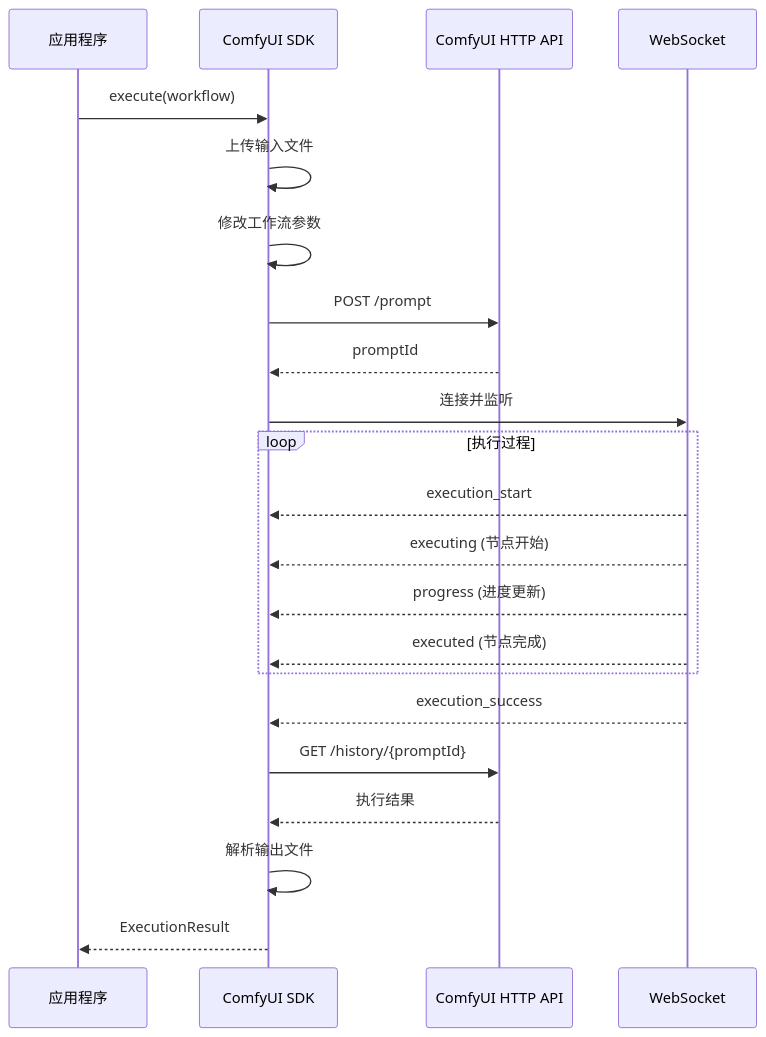
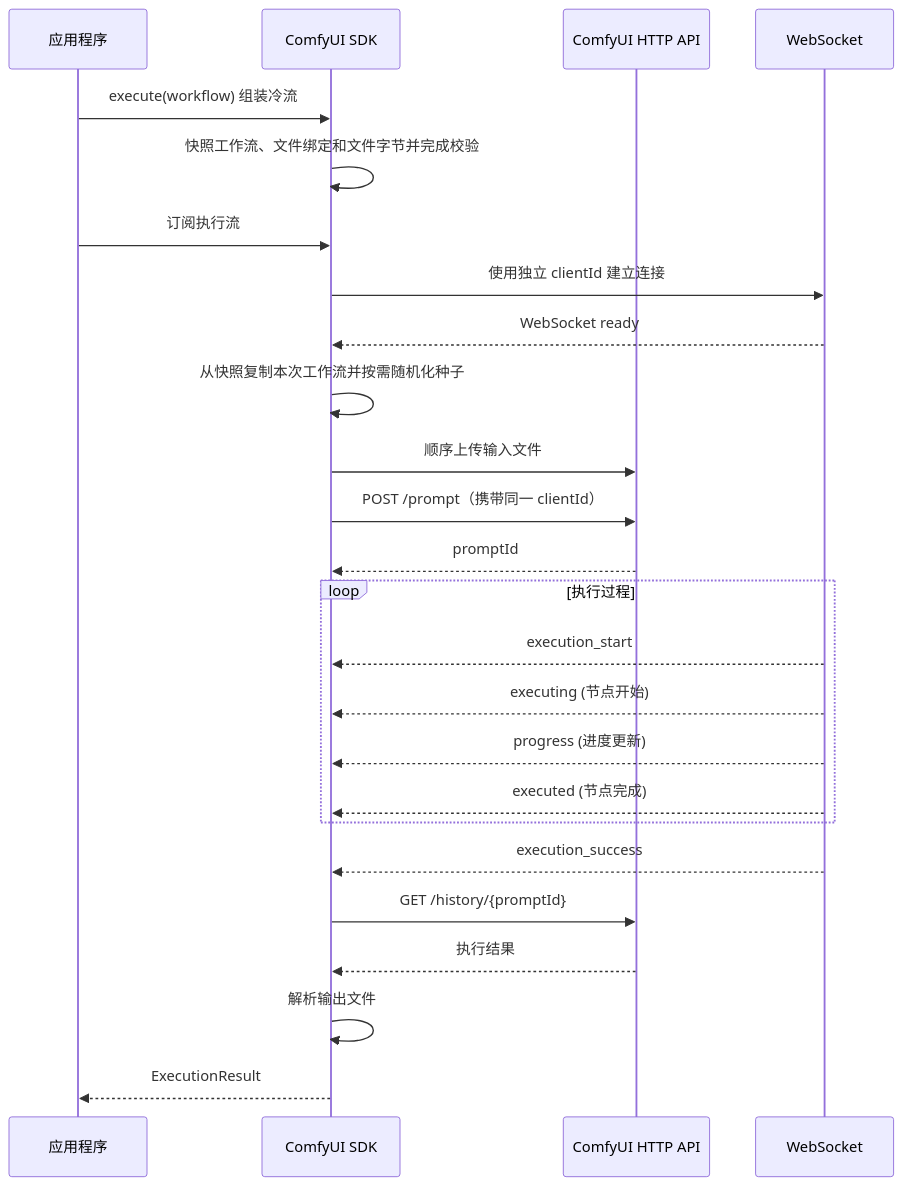
The second of 3 diagrams in convention4j-comfyui/README.md (fengwk/convention4j), drawn with Mermaid before and after one commit. The commit also changed other lines of this file and 14 other files, not shown here.

````diff
--- a/convention4j-comfyui/README.md
+++ b/convention4j-comfyui/README.md
@@ -241,27 +266,30 @@
 ```mermaid
 sequenceDiagram
     participant App as 应用程序
     participant SDK as ComfyUI SDK
     participant API as ComfyUI HTTP API
     participant WS as WebSocket
     
-    App->>SDK: execute(workflow)
-    SDK->>SDK: 上传输入文件
-    SDK->>SDK: 修改工作流参数
-    SDK->>API: POST /prompt
+    App->>SDK: execute(workflow) 组装冷流
+    SDK->>SDK: 快照工作流、文件绑定和文件字节并完成校验
+    App->>SDK: 订阅执行流
+    SDK->>WS: 使用独立 clientId 建立连接
+    WS-->>SDK: WebSocket ready
+    SDK->>SDK: 从快照复制本次工作流并按需随机化种子
+    SDK->>API: 顺序上传输入文件
+    SDK->>API: POST /prompt（携带同一 clientId）
     API-->>SDK: promptId
-    SDK->>WS: 连接并监听
     
     loop 执行过程
         WS-->>SDK: execution_start
         WS-->>SDK: executing (节点开始)
         WS-->>SDK: progress (进度更新)
         WS-->>SDK: executed (节点完成)
     end
     
     WS-->>SDK: execution_success
     SDK->>API: GET /history/{promptId}
     API-->>SDK: 执行结果
     SDK->>SDK: 解析输出文件
     SDK-->>App: ExecutionResult
 ```
````
